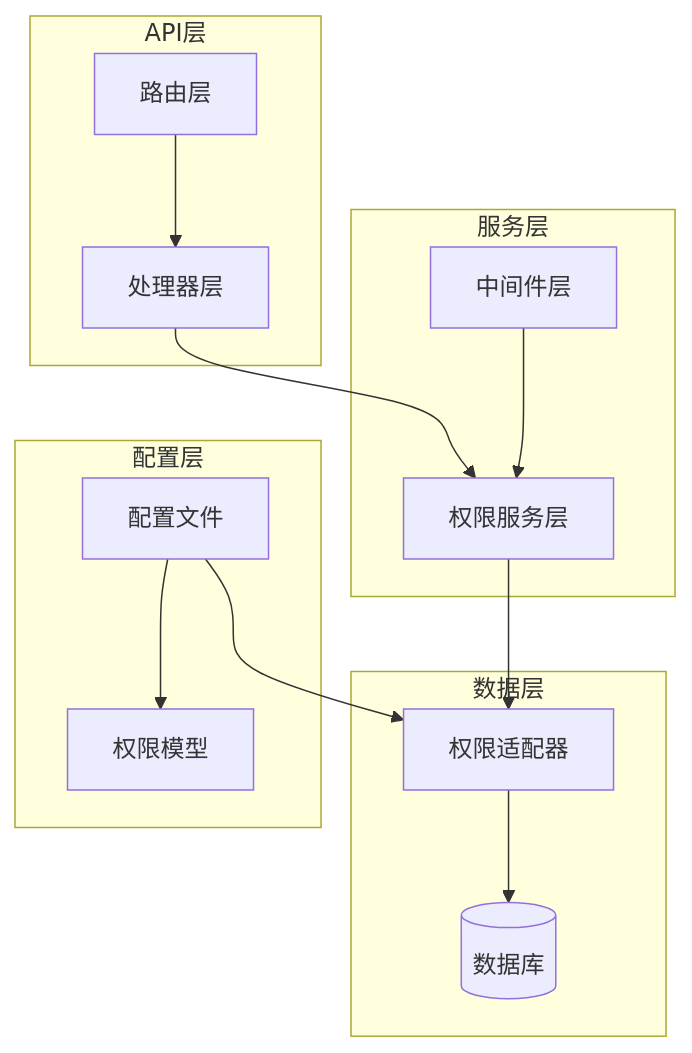
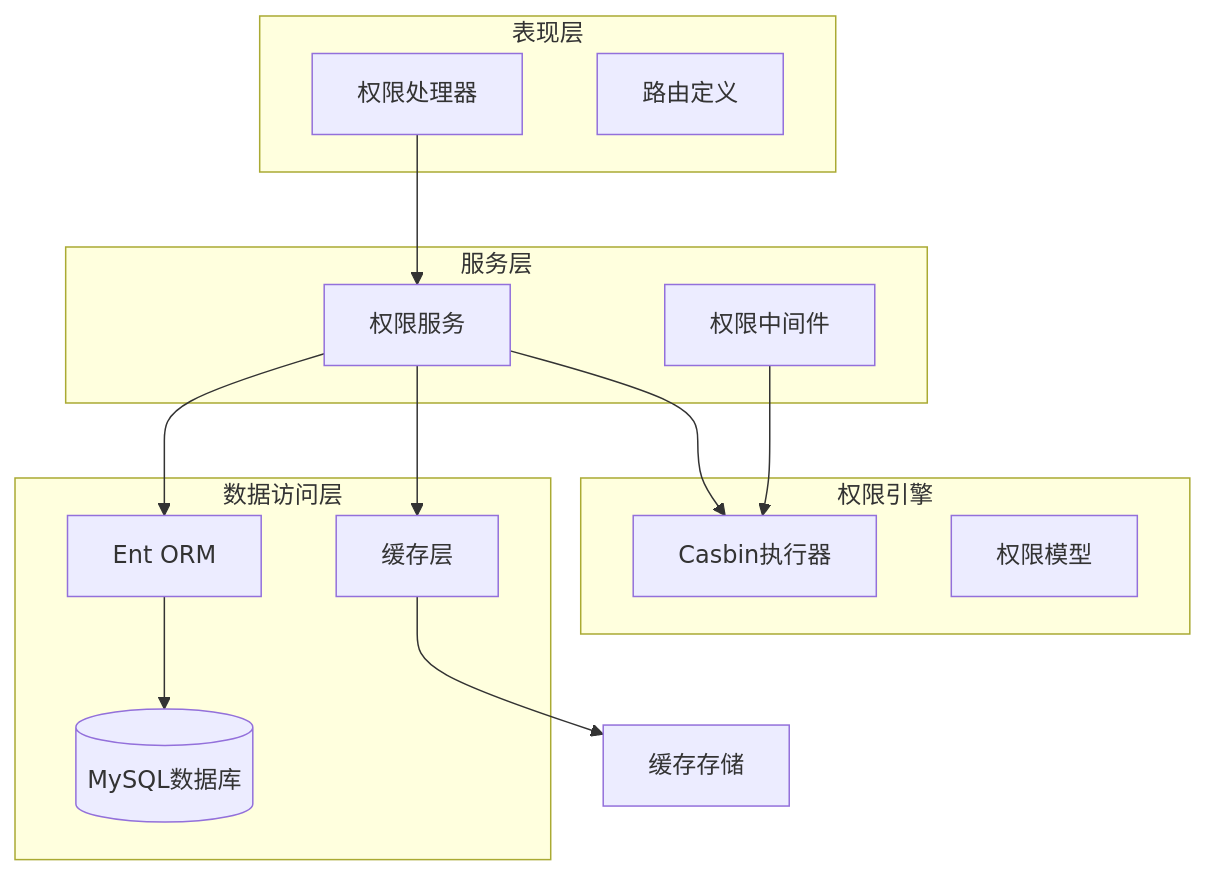
One commit to wuwuseo/e-sports-go-admin changed the first of 9 diagrams in .qoder/repowiki/zh/content/API接口文档/用户权限查询接口.md. Above: the diagram before and after it, drawn with Mermaid. The commit also changed other lines of this file and 141 other files, not shown here.

````diff
--- a/.qoder/repowiki/zh/content/API接口文档/用户权限查询接口.md
+++ b/.qoder/repowiki/zh/content/API接口文档/用户权限查询接口.md
@@ -42,26 +40,27 @@
 ```mermaid
 graph TB
-subgraph "API层"
-Handler[处理器层]
-Router[路由层]
+subgraph "表现层"
+Handler[权限处理器]
+Router[路由定义]
 end
 subgraph "服务层"
-Service[权限服务层]
-Middleware[中间件层]
+Service[权限服务]
+Middleware[权限中间件]
 end
-subgraph "数据层"
-Casbin[权限适配器]
-Database[(数据库)]
+subgraph "数据访问层"
+ORM[Ent ORM]
+Cache[缓存层]
+DB[(MySQL数据库)]
 end
-subgraph "配置层"
-Config[配置文件]
+subgraph "权限引擎"
+Casbin[Casbin执行器]
 Model[权限模型]
 end
 Handler --> Service
+Service --> ORM
+Service --> Cache
 Service --> Casbin
-Casbin --> Database
-Router --> Handler
-Middleware --> Service
-Config --> Model
-Config --> Casbin
+Middleware --> Casbin
+ORM --> DB
+Cache --> CacheStore[缓存存储]
 ```
````
